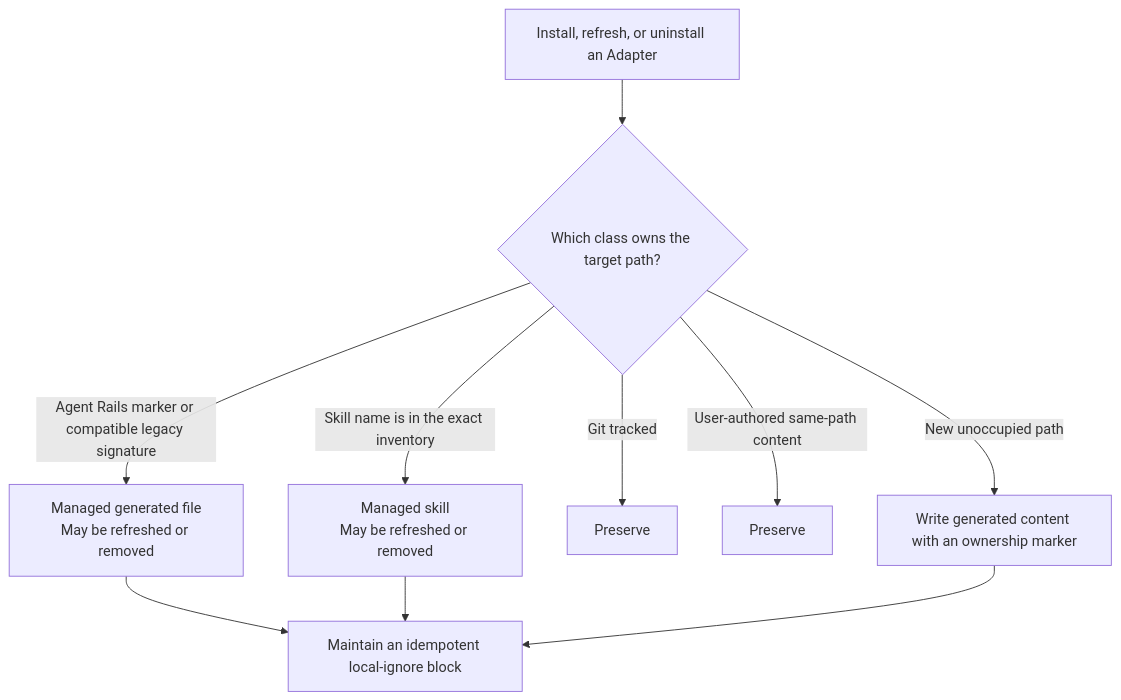
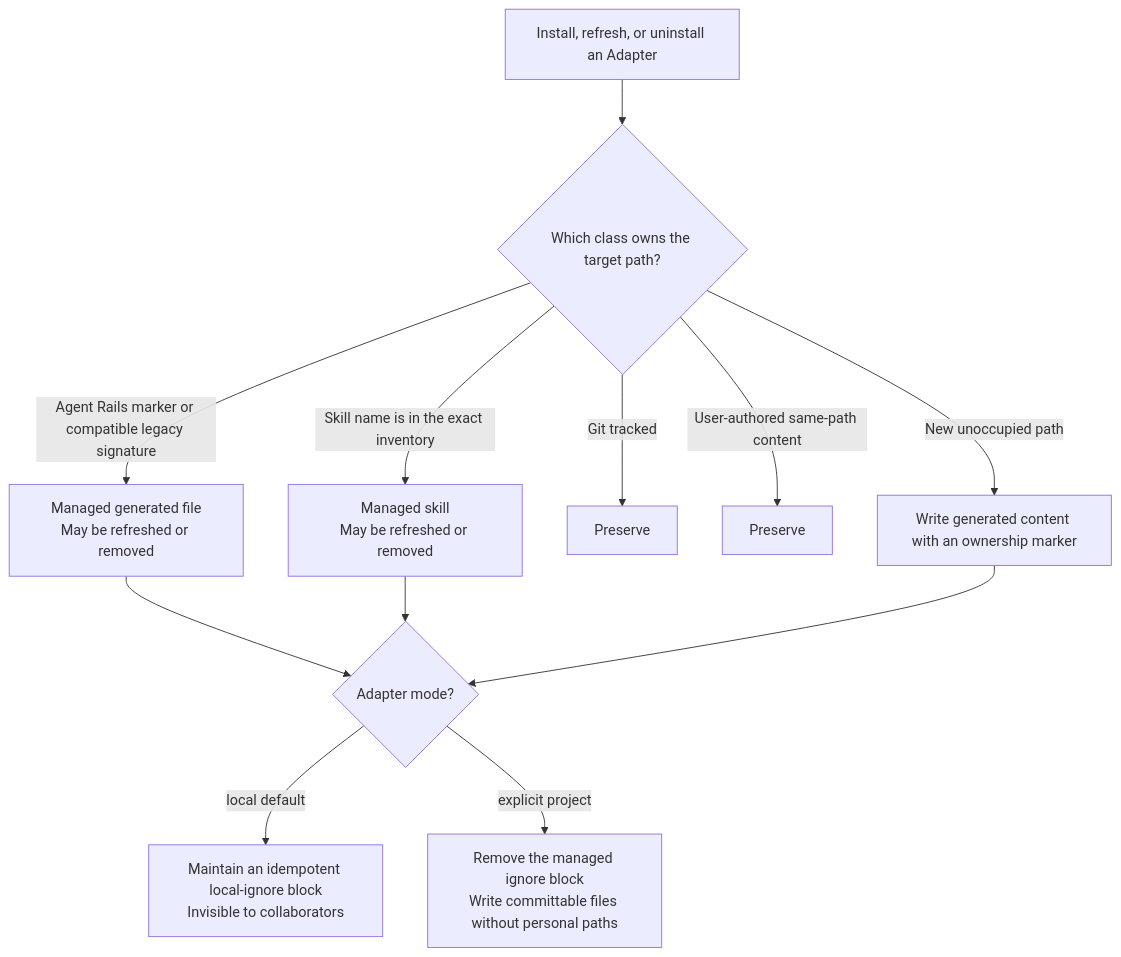
Before and after one commit to 948462448/agent-rails: the fifth of 7 diagrams in docs/how-agent-rails-works.en.md, drawn with Mermaid. The commit also changed other lines of this file and 29 other files, not shown here.

````diff
--- a/docs/how-agent-rails-works.en.md
+++ b/docs/how-agent-rails-works.en.md
@@ -149,12 +149,14 @@
 ```mermaid
 flowchart TD
     ACTION["Install, refresh, or uninstall an Adapter"] --> CLASSIFY{"Which class owns the target path?"}
     CLASSIFY -->|Agent Rails marker or compatible legacy signature| MANAGED["Managed generated file<br/>May be refreshed or removed"]
     CLASSIFY -->|Skill name is in the exact inventory| SKILL["Managed skill<br/>May be refreshed or removed"]
     CLASSIFY -->|Git tracked| TRACKED["Preserve"]
     CLASSIFY -->|User-authored same-path content| USER_FILE["Preserve"]
     CLASSIFY -->|New unoccupied path| NEW["Write generated content with an ownership marker"]
-    MANAGED --> LOCAL_IGNORE["Maintain an idempotent local-ignore block"]
-    SKILL --> LOCAL_IGNORE
-    NEW --> LOCAL_IGNORE
+    MANAGED --> MODE{"Adapter mode?"}
+    SKILL --> MODE
+    NEW --> MODE
+    MODE -->|local default| LOCAL_IGNORE["Maintain an idempotent local-ignore block<br/>Invisible to collaborators"]
+    MODE -->|explicit project| PROJECT_FILES["Remove the managed ignore block<br/>Write committable files without personal paths"]
 ```
````
